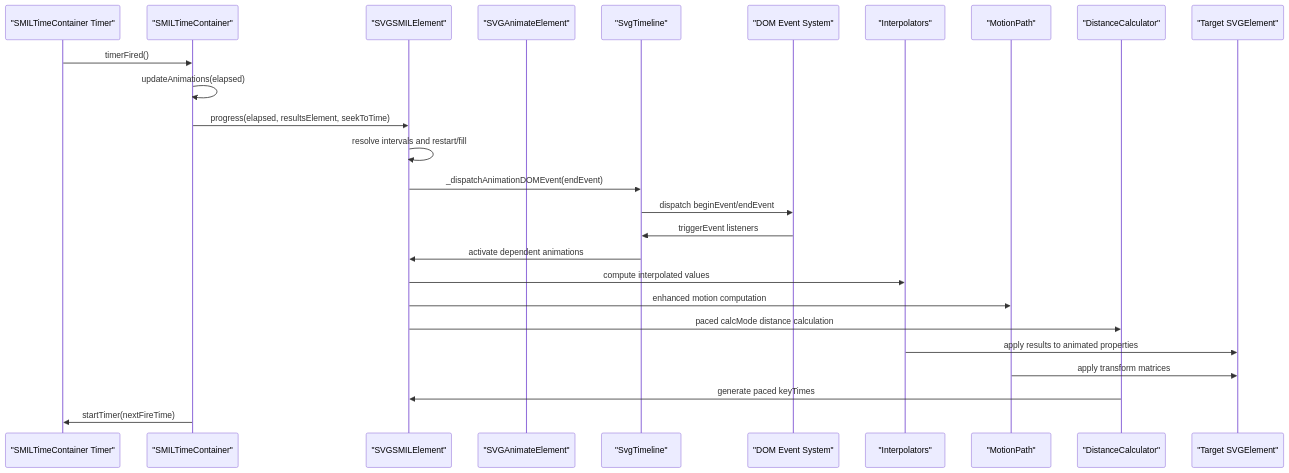
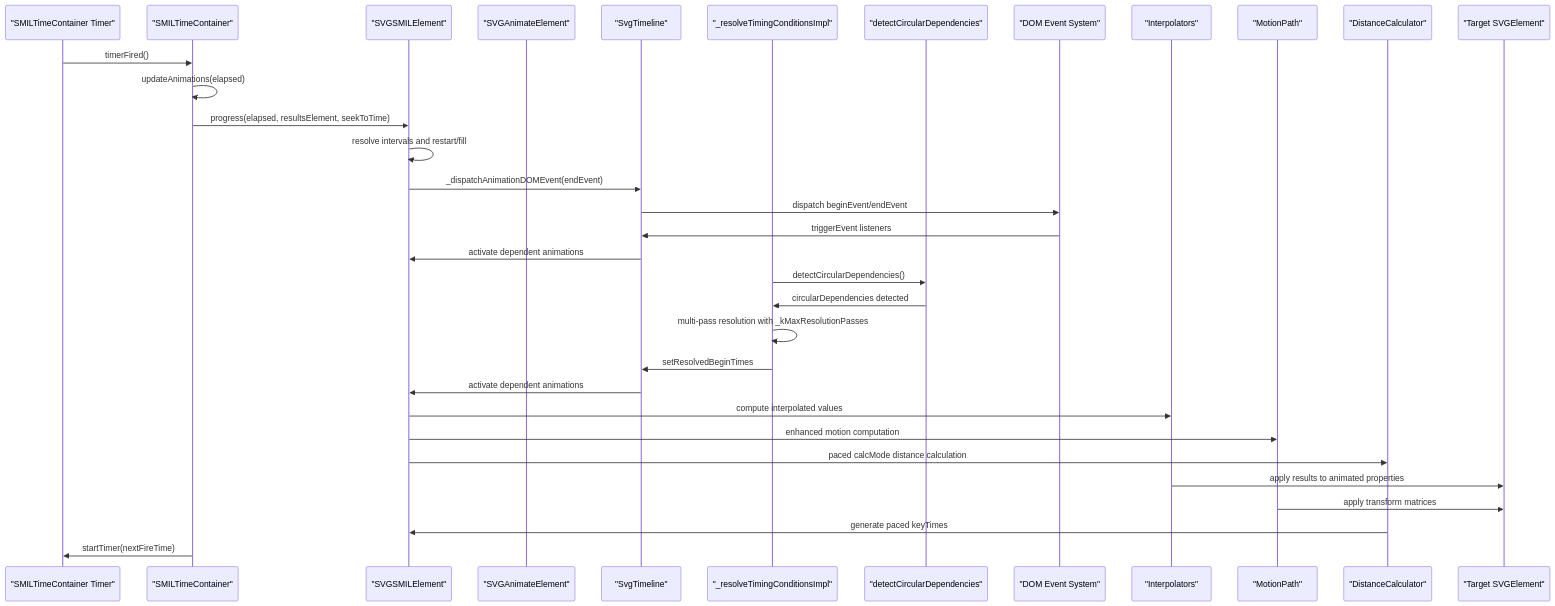
Before and after one commit to denisnadey/flutter_full_svg_support: the second of 17 diagrams in .qoder/repowiki/en/content/Animated SVG Support/SMIL Animation Specification/Improved SMIL Animation Runtime.md, drawn with Mermaid. The commit also changed other lines of this file and 40 other files, not shown here.

````diff
--- a/.qoder/repowiki/en/content/Animated SVG Support/SMIL Animation Specification/Improved SMIL Animation Runtime.md
+++ b/.qoder/repowiki/en/content/Animated SVG Support/SMIL Animation Specification/Improved SMIL Animation Runtime.md
@@ -182,28 +206,35 @@
 ```mermaid
 sequenceDiagram
 participant Timer as "SMILTimeContainer Timer"
 participant Scheduler as "SMILTimeContainer"
 participant Element as "SVGSMILElement"
 participant Animator as "SVGAnimateElement"
 participant Timeline as "SvgTimeline"
+participant Resolver as "_resolveTimingConditionsImpl"
+participant CircularDetect as "detectCircularDependencies"
 participant DOM as "DOM Event System"
 participant Interpolator as "Interpolators"
 participant MotionPath as "MotionPath"
 participant DistanceCalc as "DistanceCalculator"
 participant Target as "Target SVGElement"
 Timer->>Scheduler : timerFired()
 Scheduler->>Scheduler : updateAnimations(elapsed)
 Scheduler->>Element : progress(elapsed, resultsElement, seekToTime)
 Element->>Element : resolve intervals and restart/fill
 Element->>Timeline : _dispatchAnimationDOMEvent(endEvent)
 Timeline->>DOM : dispatch beginEvent/endEvent
 DOM->>Timeline : triggerEvent listeners
 Timeline->>Element : activate dependent animations
+Resolver->>CircularDetect : detectCircularDependencies()
+CircularDetect->>Resolver : circularDependencies detected
+Resolver->>Resolver : multi-pass resolution with _kMaxResolutionPasses
+Resolver->>Timeline : setResolvedBeginTimes
+Timeline->>Element : activate dependent animations
 Element->>Interpolator : compute interpolated values
 Element->>MotionPath : enhanced motion computation
 Element->>DistanceCalc : paced calcMode distance calculation
 Interpolator->>Target : apply results to animated properties
 MotionPath->>Target : apply transform matrices
 DistanceCalc->>Element : generate paced keyTimes
 Scheduler->>Timer : startTimer(nextFireTime)
 ```
````
